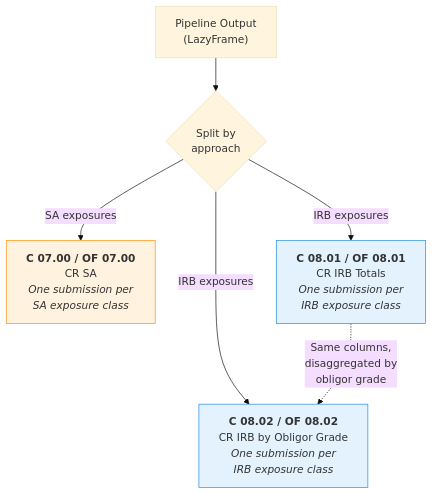
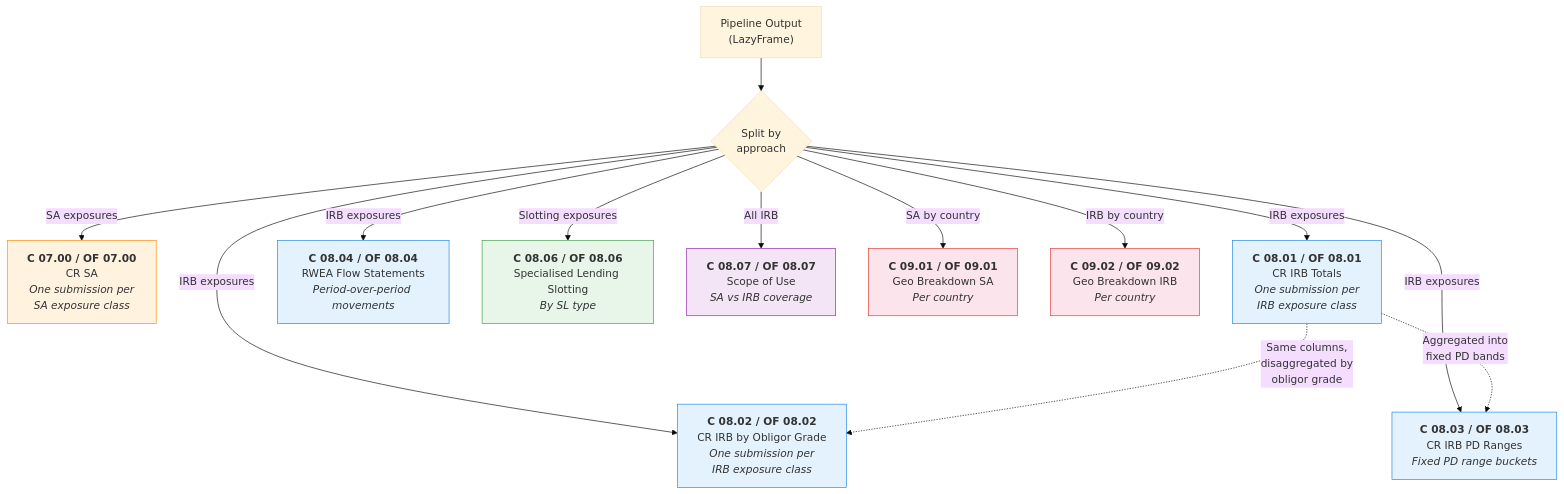
The first of 3 diagrams in docs/features/corep-reporting.md (OpenAfterHours/rwa_calculator), drawn with Mermaid (base theme) before and after one commit. The commit also changed other lines of this file and 5 other files, not shown here.

````diff
--- a/docs/features/corep-reporting.md
+++ b/docs/features/corep-reporting.md
@@ -19,16 +20,36 @@
 ```mermaid
 flowchart TD
     P["Pipeline Output<br/>(LazyFrame)"] --> SPLIT{"Split by<br/>approach"}
 
     SPLIT -->|SA exposures| C07["<b>C 07.00 / OF 07.00</b><br/>CR SA<br/><i>One submission per<br/>SA exposure class</i>"]
 
     SPLIT -->|IRB exposures| C0801["<b>C 08.01 / OF 08.01</b><br/>CR IRB Totals<br/><i>One submission per<br/>IRB exposure class</i>"]
 
     SPLIT -->|IRB exposures| C0802["<b>C 08.02 / OF 08.02</b><br/>CR IRB by Obligor Grade<br/><i>One submission per<br/>IRB exposure class</i>"]
 
+    SPLIT -->|IRB exposures| C0803["<b>C 08.03 / OF 08.03</b><br/>CR IRB PD Ranges<br/><i>Fixed PD range buckets</i>"]
+
+    SPLIT -->|IRB exposures| C0804["<b>C 08.04 / OF 08.04</b><br/>RWEA Flow Statements<br/><i>Period-over-period movements</i>"]
+
+    SPLIT -->|Slotting exposures| C0806["<b>C 08.06 / OF 08.06</b><br/>Specialised Lending Slotting<br/><i>By SL type</i>"]
+
+    SPLIT -->|All IRB| C0807["<b>C 08.07 / OF 08.07</b><br/>Scope of Use<br/><i>SA vs IRB coverage</i>"]
+
+    SPLIT -->|SA by country| C0901["<b>C 09.01 / OF 09.01</b><br/>Geo Breakdown SA<br/><i>Per country</i>"]
+
+    SPLIT -->|IRB by country| C0902["<b>C 09.02 / OF 09.02</b><br/>Geo Breakdown IRB<br/><i>Per country</i>"]
+
     C0801 -.->|"Same columns,<br/>disaggregated by<br/>obligor grade"| C0802
+
+    C0801 -.->|"Aggregated into<br/>fixed PD bands"| C0803
 
     style C07 fill:#fff3e0,stroke:#fb8c00
     style C0801 fill:#e3f2fd,stroke:#1e88e5
     style C0802 fill:#e3f2fd,stroke:#1e88e5
+    style C0803 fill:#e3f2fd,stroke:#1e88e5
+    style C0804 fill:#e3f2fd,stroke:#1e88e5
+    style C0806 fill:#e8f5e9,stroke:#43a047
+    style C0807 fill:#f3e5f5,stroke:#8e24aa
+    style C0901 fill:#fce4ec,stroke:#e53935
+    style C0902 fill:#fce4ec,stroke:#e53935
 ```
````
